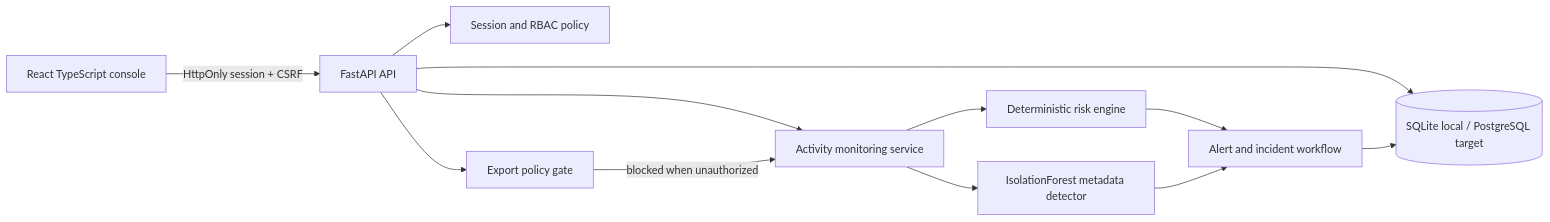
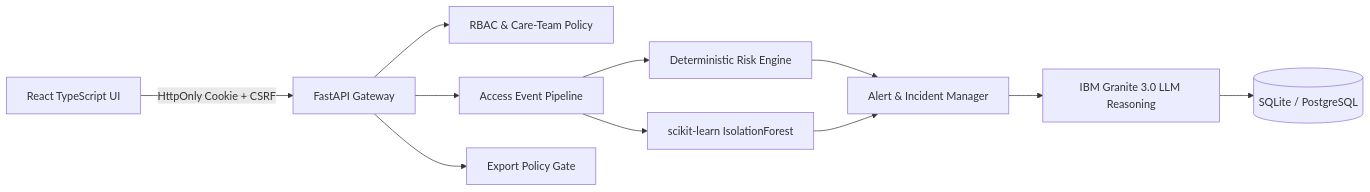
Before and after one commit to Anindoakb00/CaresAI: the diagram in ARCHITECTURE.md, drawn with Mermaid. The commit also changed other lines of this file, not shown here.

First line of the commit message:
docs: replace ARCHITECTURE.md with updated IBM Z Datathon 2026 content

````diff
--- a/ARCHITECTURE.md
+++ b/ARCHITECTURE.md
@@ -5,14 +8,13 @@
 ```mermaid
 flowchart LR
-  Browser[React TypeScript console] -->|HttpOnly session + CSRF| API[FastAPI API]
-  API --> Auth[Session and RBAC policy]
-  API --> Audit[Activity monitoring service]
-  Audit --> Risk[Deterministic risk engine]
-  Audit --> ML[IsolationForest metadata detector]
-  API --> DB[(SQLite local / PostgreSQL target)]
-  Risk --> Alert[Alert and incident workflow]
-  ML --> Alert
-  Alert --> DB
-  API --> Export[Export policy gate]
-  Export -->|blocked when unauthorized| Audit
+  Browser[React TypeScript UI] -->|HttpOnly Cookie + CSRF| API[FastAPI Gateway]
+  API --> Auth[RBAC & Care-Team Policy]
+  API --> Audit[Access Event Pipeline]
+  Audit --> RuleEngine[Deterministic Risk Engine]
+  Audit --> IsoForest[scikit-learn IsolationForest]
+  RuleEngine --> AlertEngine[Alert & Incident Manager]
+  IsoForest --> AlertEngine
+  AlertEngine --> Granite[IBM Granite 3.0 LLM Reasoning]
+  Granite --> DB[(SQLite / PostgreSQL)]
+  API --> ExportGate[Export Policy Gate]
 ```
````
